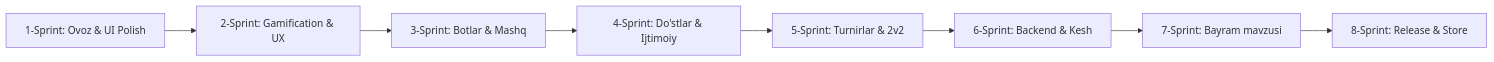
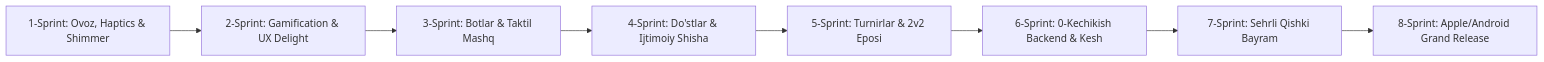
The second of 2 diagrams in ROADMAP.md (benxur01/wordbattlemobileapp), drawn with Mermaid before and after one commit. The commit also changed other lines of this file and 1 other file, not shown here.

Commit message:
docs(roadmap): integrate Pro-level UI/UX standards and delight principles into daily plan

````diff
--- a/ROADMAP.md
+++ b/ROADMAP.md
@@ -10,10 +40,10 @@
 ```mermaid
 flowchart LR
-    A["1-Sprint: Ovoz & UI Polish"] --> B["2-Sprint: Gamification & UX"]
-    B --> C["3-Sprint: Botlar & Mashq"]
-    C --> D["4-Sprint: Do'stlar & Ijtimoiy"]
-    D --> E["5-Sprint: Turnirlar & 2v2"]
-    E --> F["6-Sprint: Backend & Kesh"]
-    F --> G["7-Sprint: Bayram mavzusi"]
-    G --> H["8-Sprint: Release & Store"]
+    A["1-Sprint: Ovoz, Haptics & Shimmer"] --> B["2-Sprint: Gamification & UX Delight"]
+    B --> C["3-Sprint: Botlar & Taktil Mashq"]
+    C --> D["4-Sprint: Do'stlar & Ijtimoiy Shisha"]
+    D --> E["5-Sprint: Turnirlar & 2v2 Eposi"]
+    E --> F["6-Sprint: 0-Kechikish Backend & Kesh"]
+    F --> G["7-Sprint: Sehrli Qishki Bayram"]
+    G --> H["8-Sprint: Apple/Android Grand Release"]
 ```
````
